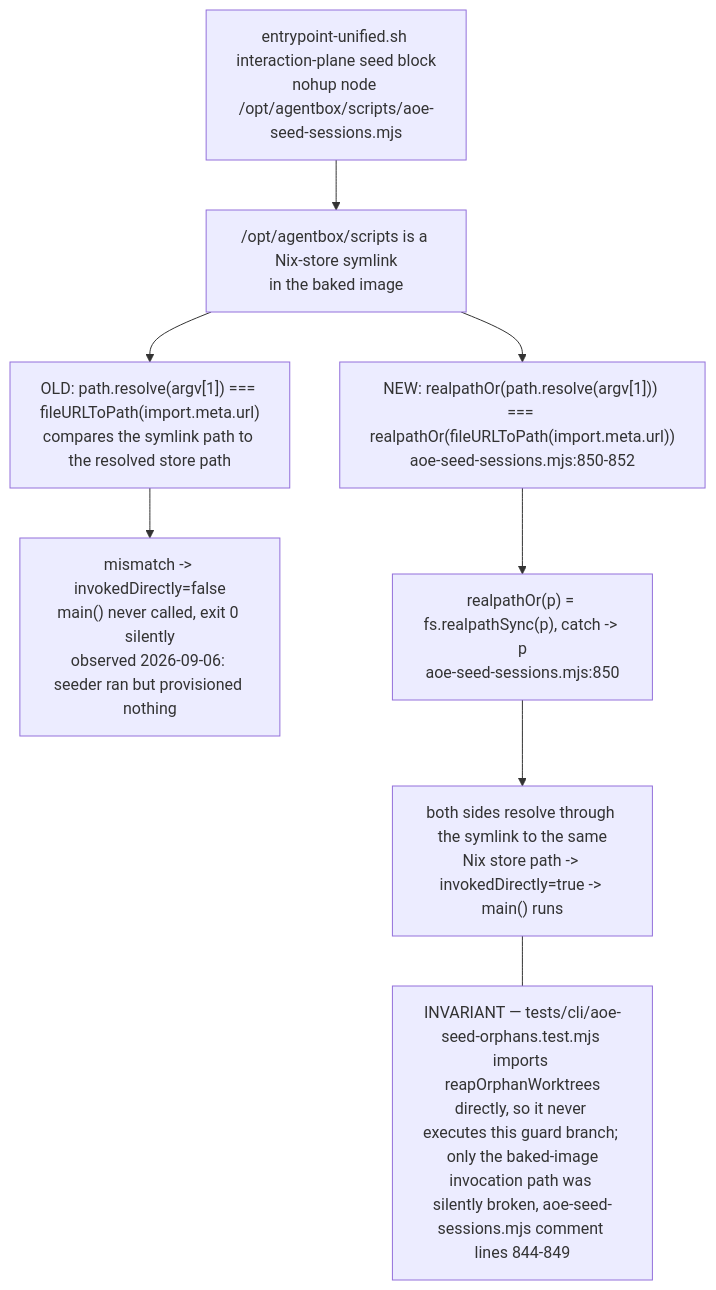
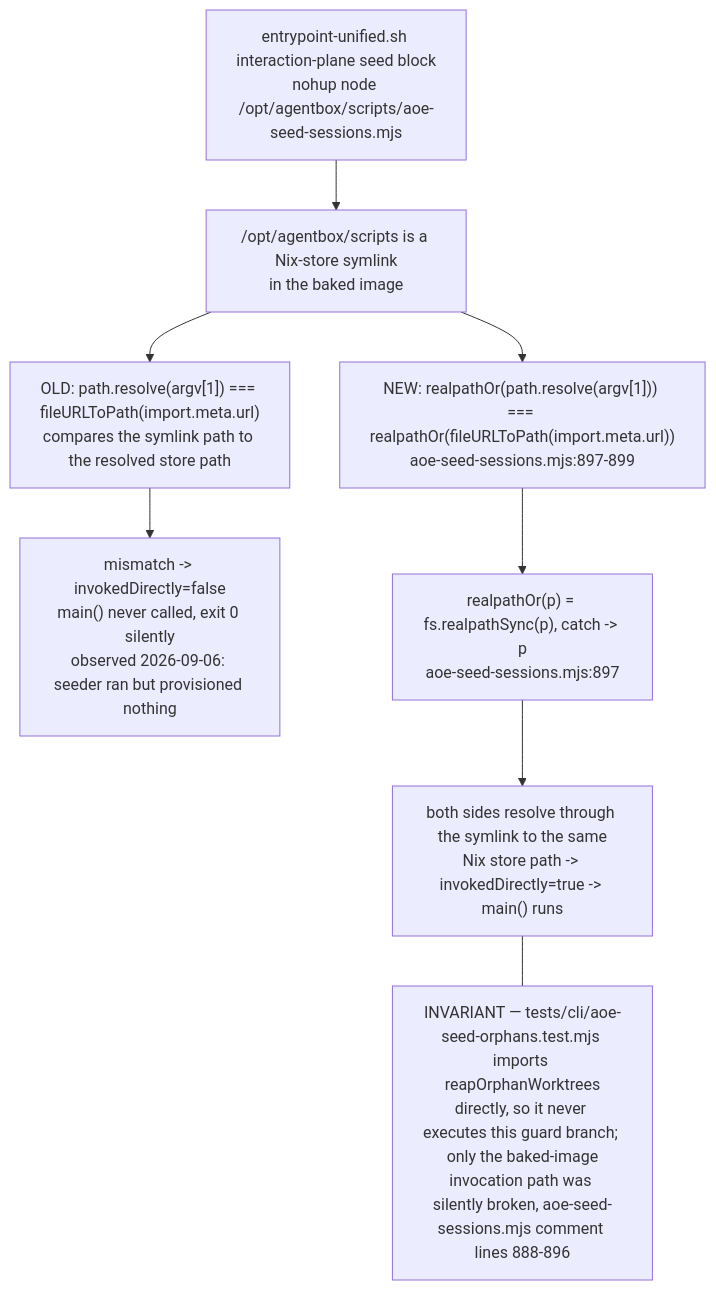
Before and after one commit to DreamLab-AI/VisionFlow: diagram 17 of 21 in docs/diagrams/agentbox/02-boot-sequence-and-readiness.md, drawn with Mermaid. The commit also changed other lines of this file and 160 other files, not shown here.

````diff
--- a/docs/diagrams/agentbox/02-boot-sequence-and-readiness.md
+++ b/docs/diagrams/agentbox/02-boot-sequence-and-readiness.md
@@ -666,17 +695,17 @@
 ```mermaid
 flowchart TB
     ENTRY["entrypoint-unified.sh interaction-plane seed block<br/>nohup node /opt/agentbox/scripts/aoe-seed-sessions.mjs"]
     SYMLINK["/opt/agentbox/scripts is a Nix-store symlink<br/>in the baked image"]
     OLDCHECK["OLD: path.resolve(argv[1]) === fileURLToPath(import.meta.url)<br/>compares the symlink path to the resolved store path"]
     OLDRESULT["mismatch -&gt; invokedDirectly=false<br/>main() never called, exit 0 silently<br/>observed 2026-09-06: seeder ran but provisioned nothing"]
-    NEWCHECK["NEW: realpathOr(path.resolve(argv[1])) === realpathOr(fileURLToPath(import.meta.url))<br/>aoe-seed-sessions.mjs:850-852"]
-    REALPATHOR["realpathOr(p) = fs.realpathSync(p), catch -&gt; p<br/>aoe-seed-sessions.mjs:850"]
+    NEWCHECK["NEW: realpathOr(path.resolve(argv[1])) === realpathOr(fileURLToPath(import.meta.url))<br/>aoe-seed-sessions.mjs:897-899"]
+    REALPATHOR["realpathOr(p) = fs.realpathSync(p), catch -&gt; p<br/>aoe-seed-sessions.mjs:897"]
     NEWRESULT["both sides resolve through the symlink to the same<br/>Nix store path -&gt; invokedDirectly=true -&gt; main() runs"]
 
     ENTRY --> SYMLINK --> OLDCHECK --> OLDRESULT
     SYMLINK --> NEWCHECK
     NEWCHECK --> REALPATHOR --> NEWRESULT
 
-    NOTE1["INVARIANT — tests/cli/aoe-seed-orphans.test.mjs imports reapOrphanWorktrees<br/>directly, so it never executes this guard branch; only the baked-image<br/>invocation path was silently broken, aoe-seed-sessions.mjs comment lines 844-849"]
+    NOTE1["INVARIANT — tests/cli/aoe-seed-orphans.test.mjs imports reapOrphanWorktrees<br/>directly, so it never executes this guard branch; only the baked-image<br/>invocation path was silently broken, aoe-seed-sessions.mjs comment lines 888-896"]
     NEWRESULT --- NOTE1
 ```
````
